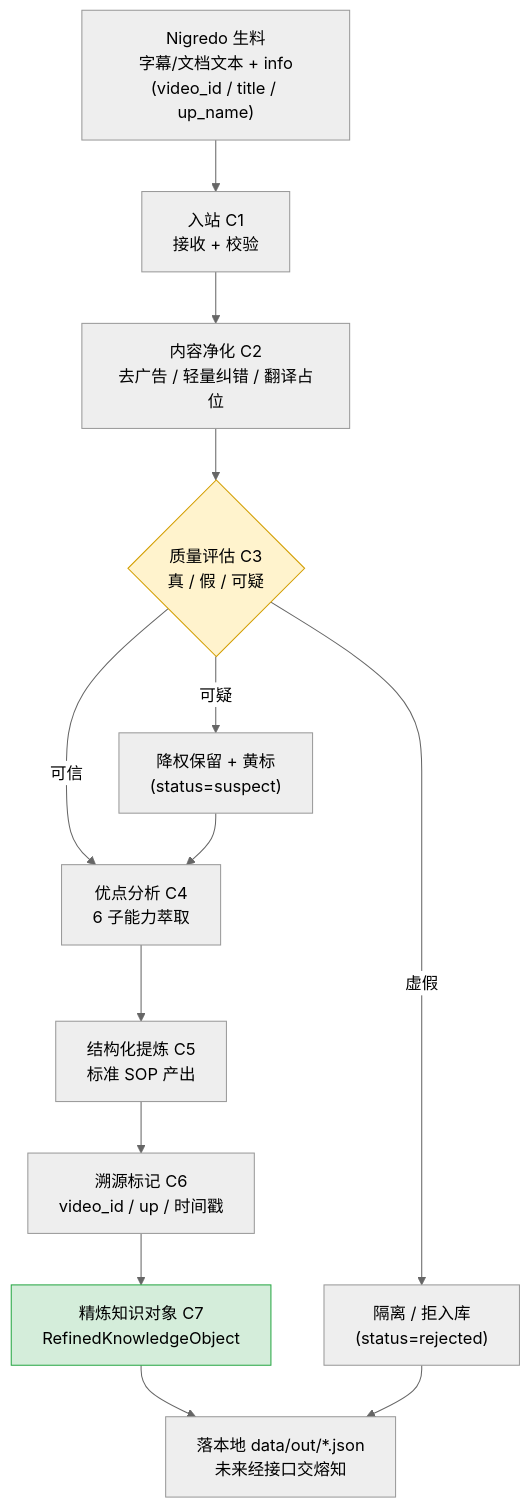
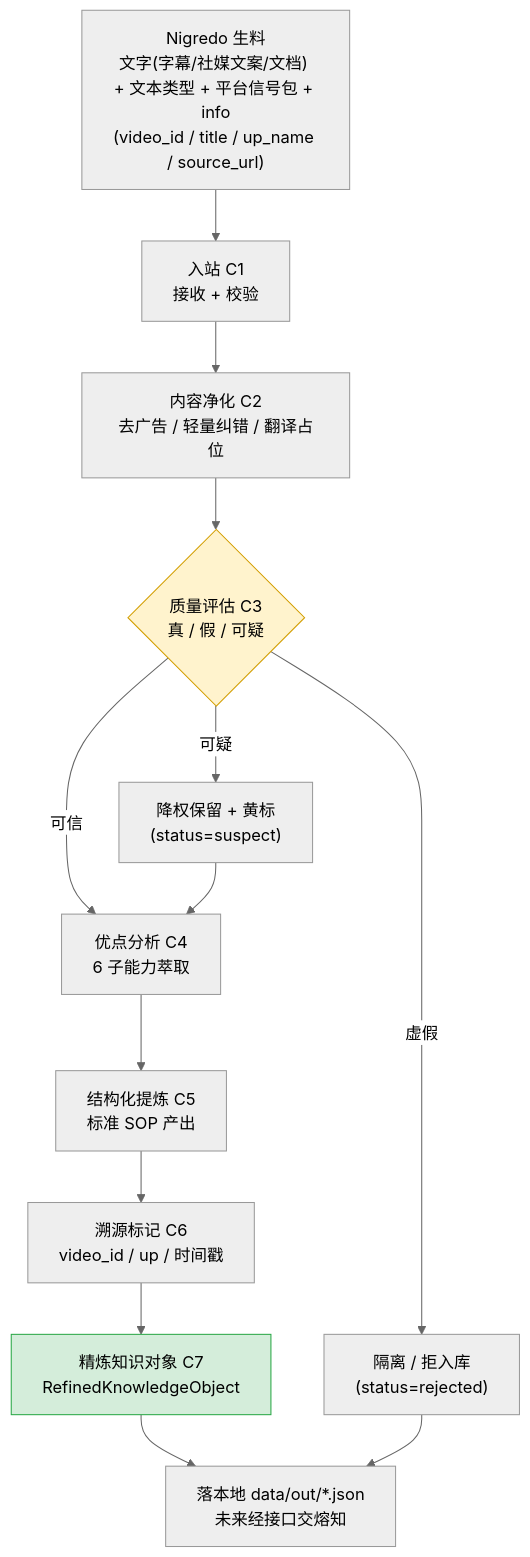
The diagram in FLOWCHART.md (shiyao222333-afk/albedo), drawn with Mermaid (neutral theme) before and after one commit. The commit also changed other lines of this file and 3 other files, not shown here.

````diff
--- a/FLOWCHART.md
+++ b/FLOWCHART.md
@@ -11,18 +11,18 @@
 ```mermaid
 flowchart TD
-    A["Nigredo 生料<br/>字幕/文档文本 + info<br/>(video_id / title / up_name)"] --> B["入站 C1<br/>接收 + 校验"]
+    A["Nigredo 生料<br/>文字(字幕/社媒文案/文档) + 文本类型 + 平台信号包 + info<br/>(video_id / title / up_name / source_url)"] --> B["入站 C1<br/>接收 + 校验"]
     B --> C["内容净化 C2<br/>去广告 / 轻量纠错 / 翻译占位"]
     C --> D{"质量评估 C3<br/>真 / 假 / 可疑"}
     D -->|"虚假"| E["隔离 / 拒入库<br/>(status=rejected)"]
     D -->|"可疑"| F["降权保留 + 黄标<br/>(status=suspect)"]
     D -->|"可信"| G["优点分析 C4<br/>6 子能力萃取"]
     F --> G
     G --> H["结构化提炼 C5<br/>标准 SOP 产出"]
     H --> I["溯源标记 C6<br/>video_id / up / 时间戳"]
     I --> J["精炼知识对象 C7<br/>RefinedKnowledgeObject"]
     J --> K["落本地 data/out/*.json<br/>未来经接口交熔知"]
     E --> K
 
     style D fill:#fff3cd,stroke:#d39e00
     style J fill:#d4edda,stroke:#28a745
 ```
````
